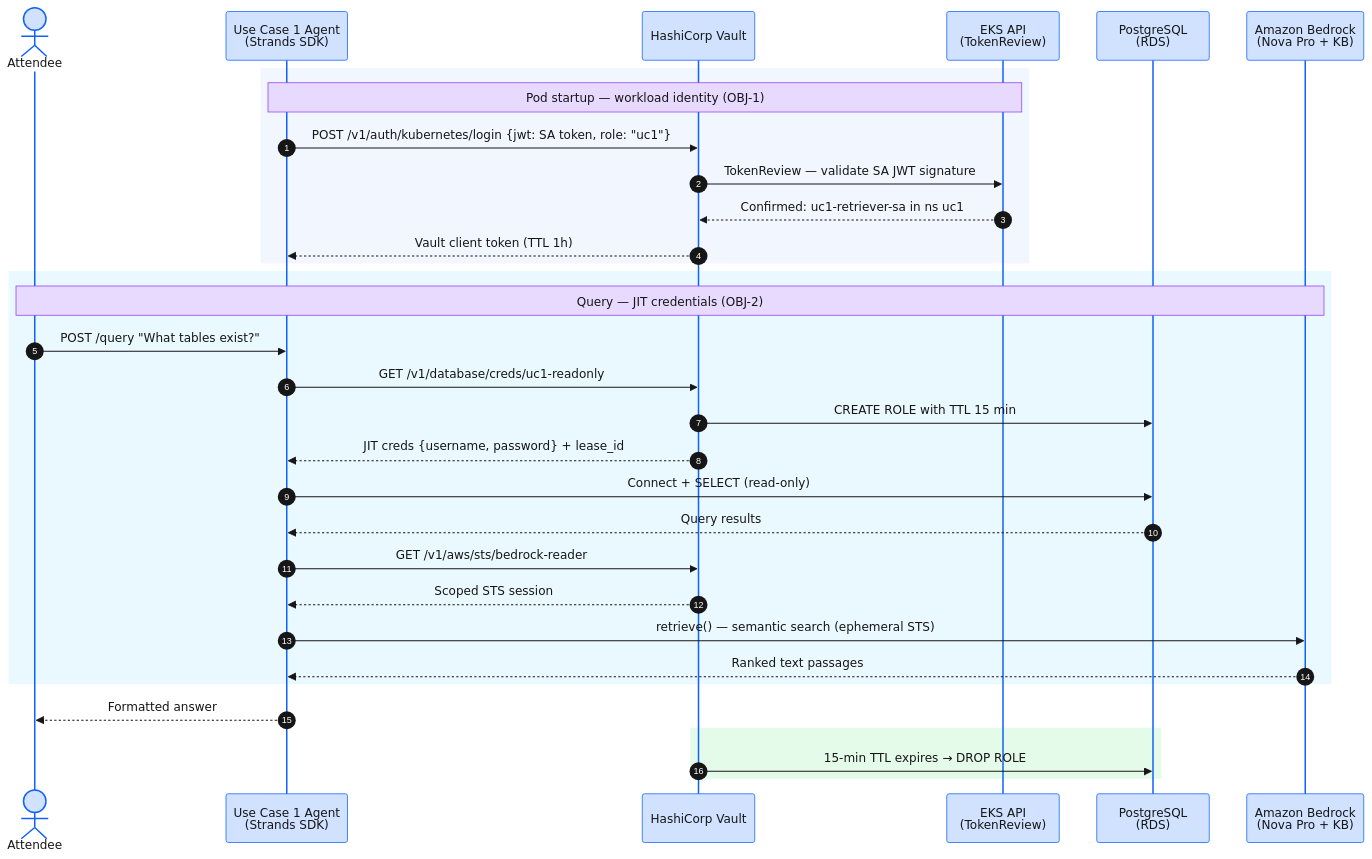
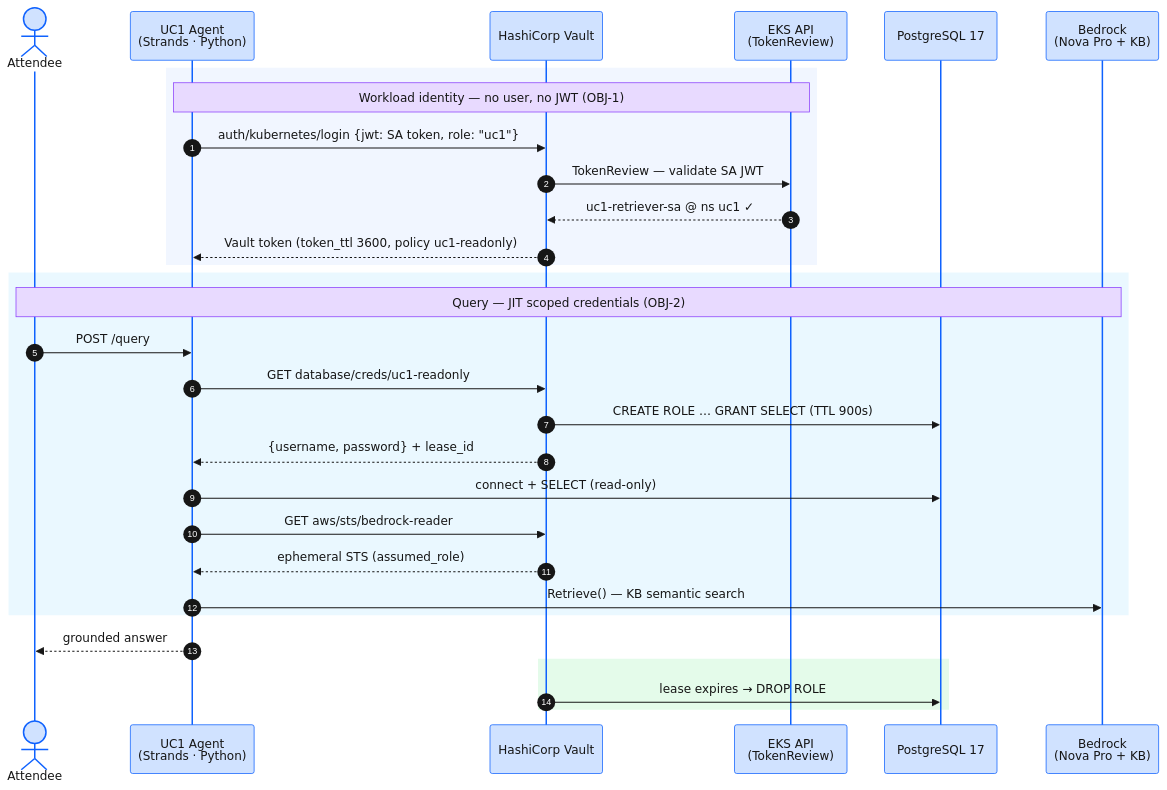
Before and after one commit to aws-samples/sample-agentic-runtime-security-on-aws-with-vault: the first of 3 diagrams in slides.md, drawn with Mermaid. The commit also changed other lines of this file, not shown here.

First line of the commit message:
docs(slides): rewrite reveal.js deck for technical audience, JIT-credential focus

````diff
--- a/slides.md
+++ b/slides.md
@@ -158,44 +129,42 @@
 ```mermaid
 %%{init: {'theme': 'base', 'themeVariables': {
   'primaryColor': '#d0e2ff', 'primaryTextColor': '#161616', 'primaryBorderColor': '#0f62fe',
   'lineColor': '#0f62fe', 'secondaryColor': '#bae6ff', 'tertiaryColor': '#f4f4f4',
   'noteBkgColor': '#e8daff', 'noteTextColor': '#161616', 'noteBorderColor': '#8a3ffc',
   'actorBkg': '#d0e2ff', 'actorBorder': '#0f62fe', 'actorTextColor': '#161616',
   'signalColor': '#161616', 'signalTextColor': '#161616', 'sequenceNumberColor': '#ffffff'
 }}}%%
 sequenceDiagram
     autonumber
     actor Attendee
-    participant Agent as Use Case 1 Agent<br/>(Strands SDK)
+    participant Agent as UC1 Agent<br/>(Strands · Python)
     participant Vault as HashiCorp Vault
     participant EKS as EKS API<br/>(TokenReview)
-    participant RDS as PostgreSQL<br/>(RDS)
-    participant Bedrock as Amazon Bedrock<br/>(Nova Pro + KB)
+    participant RDS as PostgreSQL 17
+    participant Bedrock as Bedrock<br/>(Nova Pro + KB)
 
     rect rgba(208, 226, 255, 0.3)
-    Note over Agent,EKS: Pod startup — workload identity (OBJ-1)
-    Agent->>Vault: POST /v1/auth/kubernetes/login {jwt: SA token, role: "uc1"}
-    Vault->>EKS: TokenReview — validate SA JWT signature
-    EKS-->>Vault: Confirmed: uc1-retriever-sa in ns uc1
-    Vault-->>Agent: Vault client token (TTL 1h)
+    Note over Agent,EKS: Workload identity — no user, no JWT (OBJ-1)
+    Agent->>Vault: auth/kubernetes/login {jwt: SA token, role: "uc1"}
+    Vault->>EKS: TokenReview — validate SA JWT
+    EKS-->>Vault: uc1-retriever-sa @ ns uc1 ✓
+    Vault-->>Agent: Vault token (token_ttl 3600, policy uc1-readonly)
     end
 
     rect rgba(186, 230, 255, 0.3)
-    Note over Attendee,Bedrock: Query — JIT credentials (OBJ-2)
-    Attendee->>Agent: POST /query "What tables exist?"
-    Agent->>Vault: GET /v1/database/creds/uc1-readonly
-    Vault->>RDS: CREATE ROLE with TTL 15 min
-    Vault-->>Agent: JIT creds {username, password} + lease_id
-    Agent->>RDS: Connect + SELECT (read-only)
-    RDS-->>Agent: Query results
-    Agent->>Vault: GET /v1/aws/sts/bedrock-reader
-    Vault-->>Agent: Scoped STS session
-    Agent->>Bedrock: retrieve() — semantic search (ephemeral STS)
-    Bedrock-->>Agent: Ranked text passages
+    Note over Attendee,Bedrock: Query — JIT scoped credentials (OBJ-2)
+    Attendee->>Agent: POST /query
+    Agent->>Vault: GET database/creds/uc1-readonly
+    Vault->>RDS: CREATE ROLE … GRANT SELECT (TTL 900s)
+    Vault-->>Agent: {username, password} + lease_id
+    Agent->>RDS: connect + SELECT (read-only)
+    Agent->>Vault: GET aws/sts/bedrock-reader
+    Vault-->>Agent: ephemeral STS (assumed_role)
+    Agent->>Bedrock: Retrieve() — KB semantic search
     end
 
-    Agent-->>Attendee: Formatted answer
+    Agent-->>Attendee: grounded answer
     rect rgba(167, 240, 186, 0.3)
-    Vault->>RDS: 15-min TTL expires → DROP ROLE
+    Vault->>RDS: lease expires → DROP ROLE
     end
 ```
````
